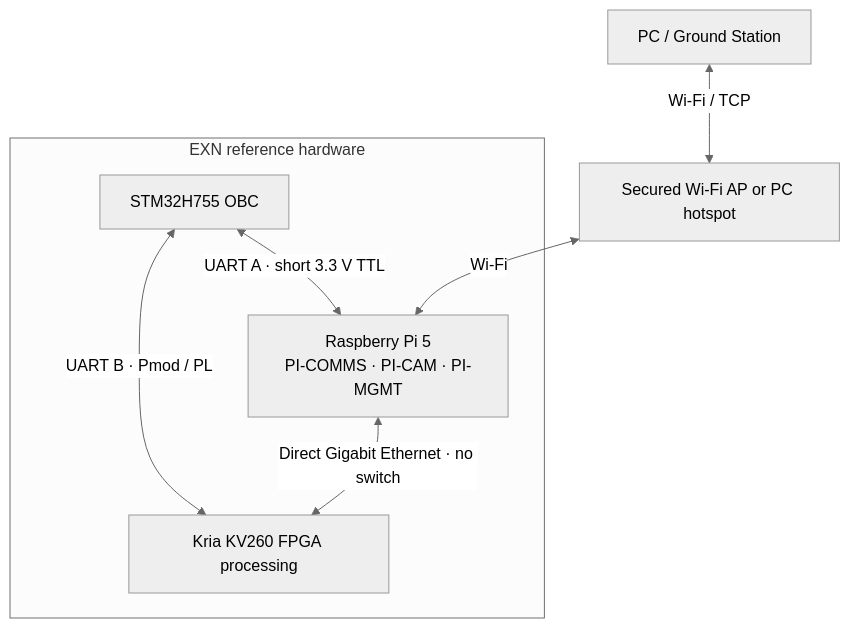
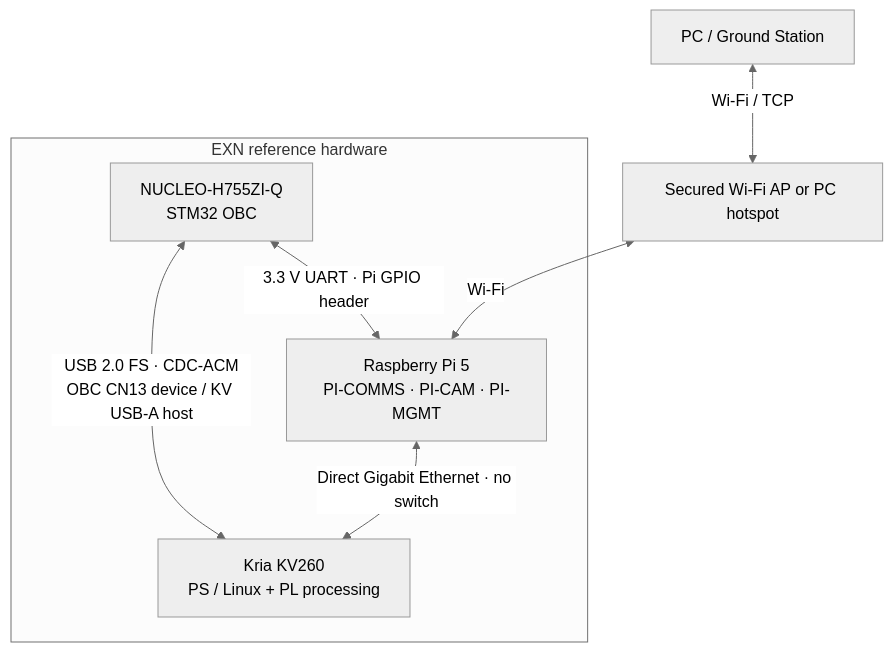
Before and after one commit to ExoSpaceLabs/exn: the first of 2 diagrams in docs/icd/inter-node-links.md, drawn with Mermaid (neutral theme). The commit also changed other lines of this file and 10 other files, not shown here.

First line of the commit message:
docs(exn): use KV260 PS USB host and STM32 CDC device for OBC–FPGA control (#10)

````diff
--- a/docs/icd/inter-node-links.md
+++ b/docs/icd/inter-node-links.md
@@ -9,17 +9,17 @@
 ```mermaid
 flowchart TB
   GS["PC / Ground Station"]
   WIFI["Secured Wi-Fi AP or PC hotspot"]
 
   subgraph BENCH["EXN reference hardware"]
     PI["Raspberry Pi 5<br/>PI-COMMS · PI-CAM · PI-MGMT"]
-    OBC["STM32H755 OBC"]
-    KV["Kria KV260 FPGA processing"]
+    OBC["NUCLEO-H755ZI-Q<br/>STM32 OBC"]
+    KV["Kria KV260<br/>PS / Linux + PL processing"]
 
-    OBC <-->|"UART A · short 3.3 V TTL"| PI
-    OBC <-->|"UART B · Pmod / PL"| KV
+    OBC <-->|"3.3 V UART · Pi GPIO header"| PI
+    OBC <-->|"USB 2.0 FS · CDC-ACM<br/>OBC CN13 device / KV USB-A host"| KV
     PI <-->|"Direct Gigabit Ethernet · no switch"| KV
   end
   GS <-->|"Wi-Fi / TCP"| WIFI
   WIFI <-->|"Wi-Fi"| PI
 ```
````
